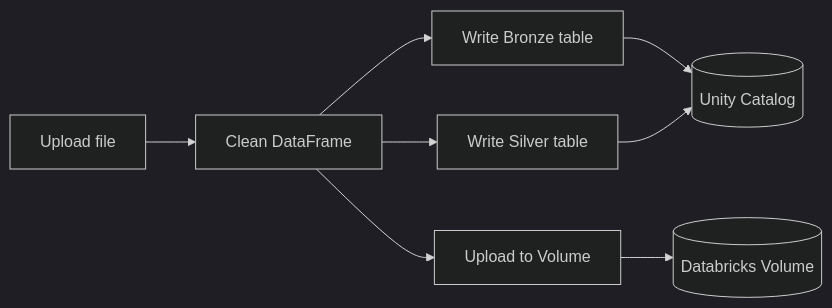
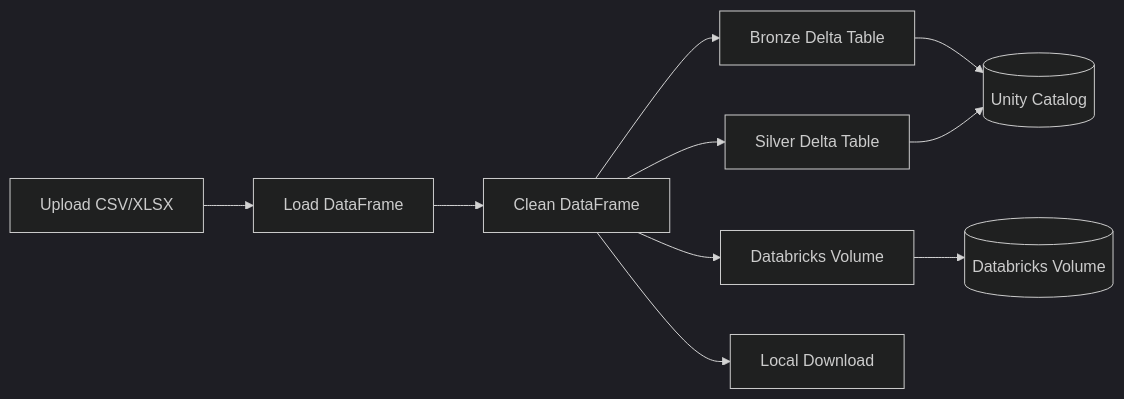
Before and after one commit to anupmika/flow-bricks: the diagram in README.md, drawn with Mermaid (dark theme). The commit also changed other lines of this file, not shown here.

````diff
--- a/README.md
+++ b/README.md
@@ -5,10 +18,12 @@
 ```mermaid
 flowchart LR
-    Upload[Upload file] --> Clean[Clean DataFrame]
-    Clean --> Bronze[Write Bronze table]
-    Clean --> Volume[Upload to Volume]
-    Clean --> Silver[Write Silver table]
-    Bronze --> Catalog[(Unity Catalog)]
-    Silver --> Catalog
-    Volume --> VolumeStore[(Databricks Volume)]
+    U[Upload CSV/XLSX] --> L[Load DataFrame]
+    L --> C[Clean DataFrame]
+    C --> B[Bronze Delta Table]
+    C --> S[Silver Delta Table]
+    C --> V[Databricks Volume]
+    C --> D[Local Download]
+    B --> UC[(Unity Catalog)]
+    S --> UC
+    V --> Vol[(Databricks Volume)]
 ```
````
